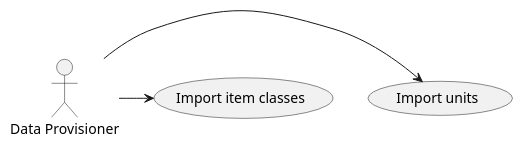
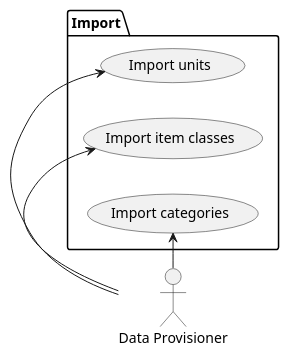
The diagram in doc/dia/usecases.puml (maciejmalecki/inventory), drawn with PlantUML before and after one commit. The commit also changed 5 other files, not shown here.

```diff
--- a/doc/dia/usecases.puml
+++ b/doc/dia/usecases.puml
@@ -1,9 +1,14 @@
 @startuml
+left to right direction
 :Data Provisioner: as Provisioner
-(Import units) as (ImportUnits)
-(Import item classes) as (ImportItemClasses)
+package Import {
+    (Import units) as (ImportUnits)
+    (Import categories) as (ImportCategories)
+    (Import item classes) as (ImportItemClasses)
+}
 
 Provisioner -> (ImportUnits)
 Provisioner -> (ImportItemClasses)
+Provisioner -> (ImportCategories)
 
 @enduml
```
